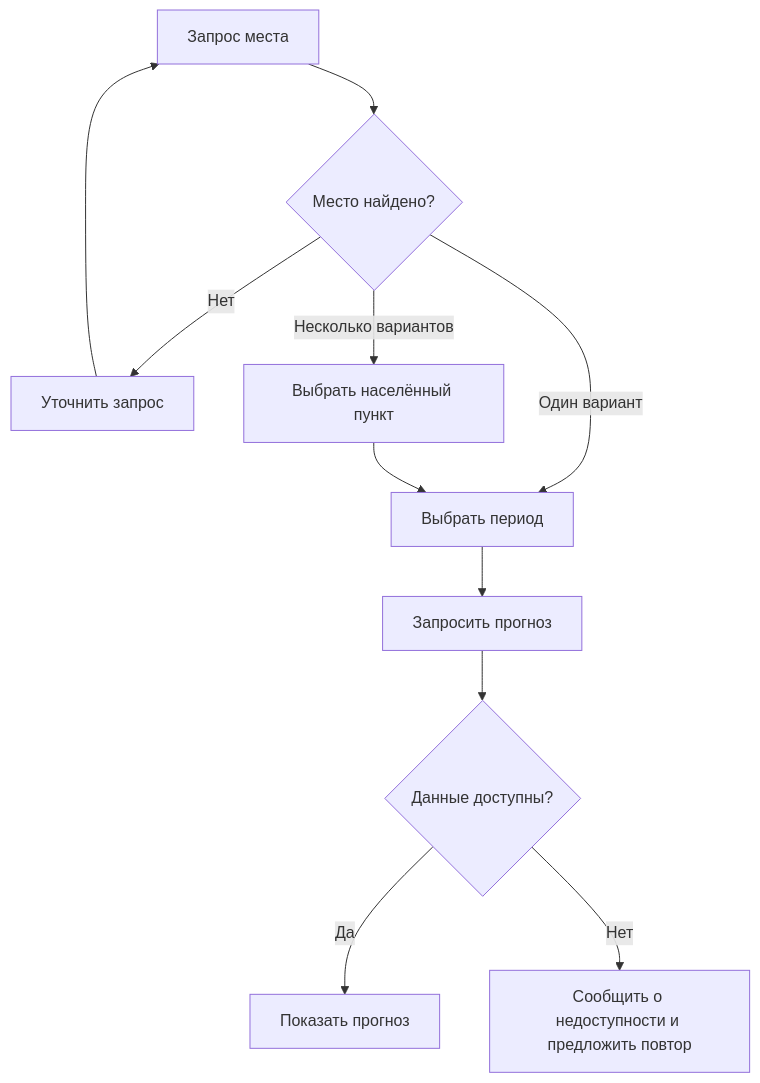
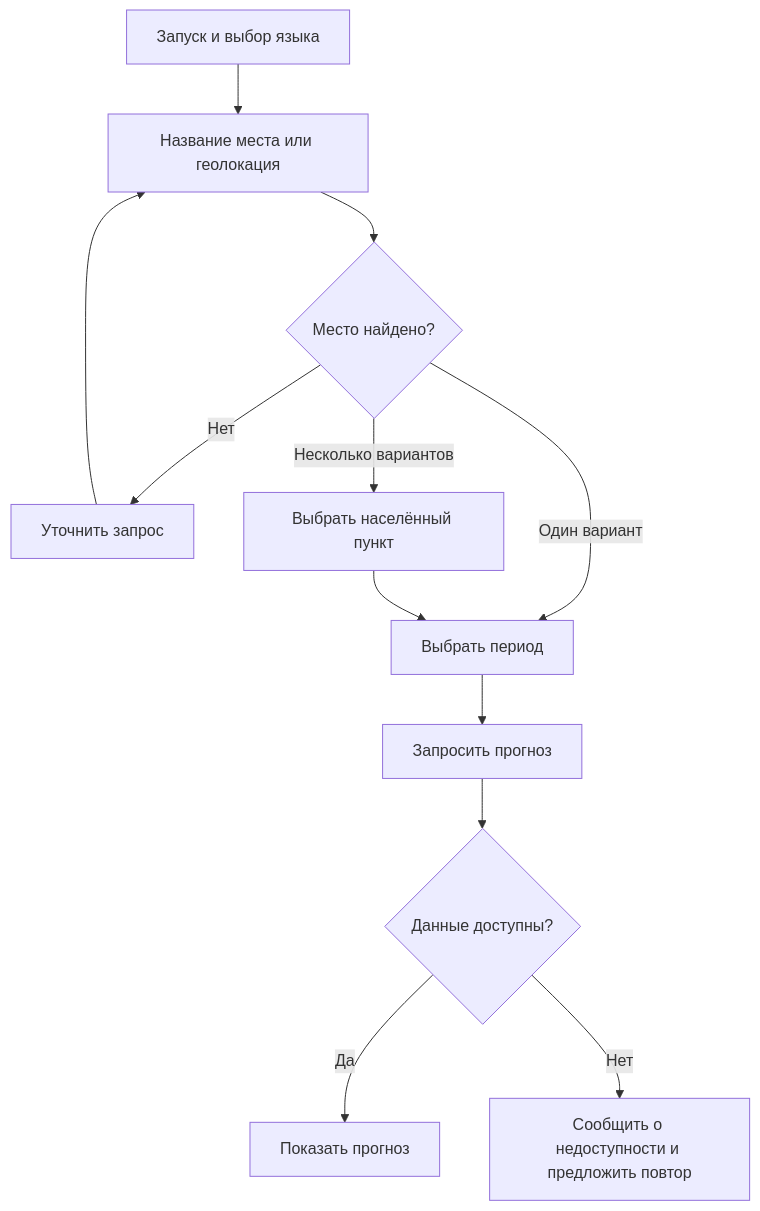
Before and after one commit to antonyakovlev11/user-scenario-weather-bot: the diagram in README.md, drawn with Mermaid. The commit also changed other lines of this file, not shown here.

````diff
--- a/README.md
+++ b/README.md
@@ -24,13 +25,14 @@
 ```mermaid
 flowchart TD
-    A[Запрос места] --> B{Место найдено?}
+    S[Запуск и выбор языка] --> A
+    A[Название места или геолокация] --> B{Место найдено?}
     B -->|Нет| C[Уточнить запрос]
     C --> A
     B -->|Несколько вариантов| D[Выбрать населённый пункт]
     B -->|Один вариант| E[Выбрать период]
     D --> E
     E --> F[Запросить прогноз]
     F --> G{Данные доступны?}
     G -->|Да| H[Показать прогноз]
     G -->|Нет| I[Сообщить о недоступности и предложить повтор]
 ```
````
